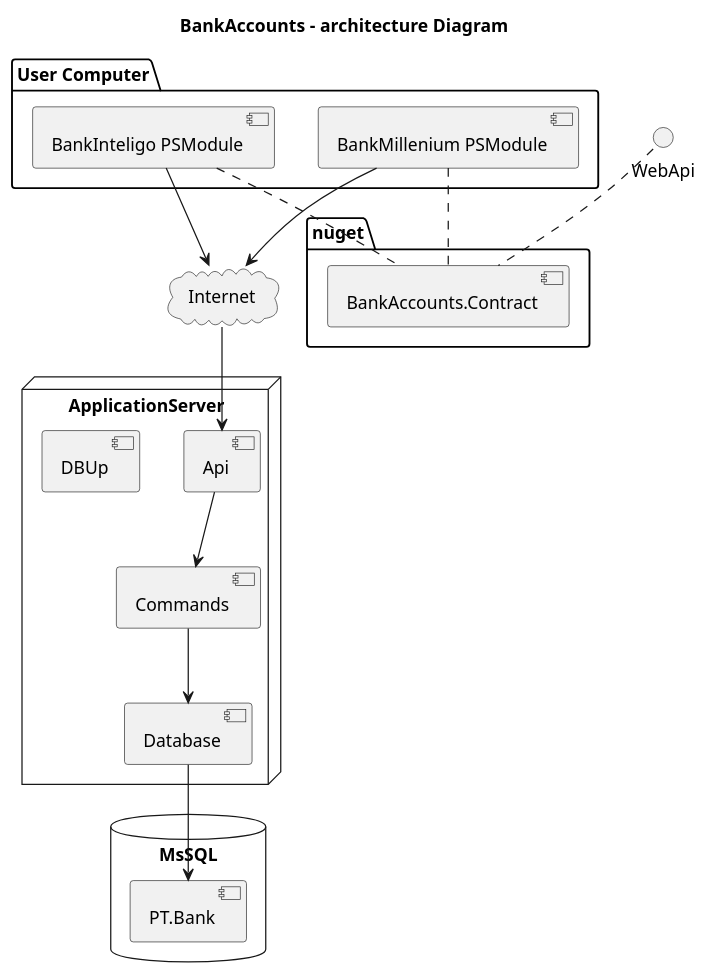
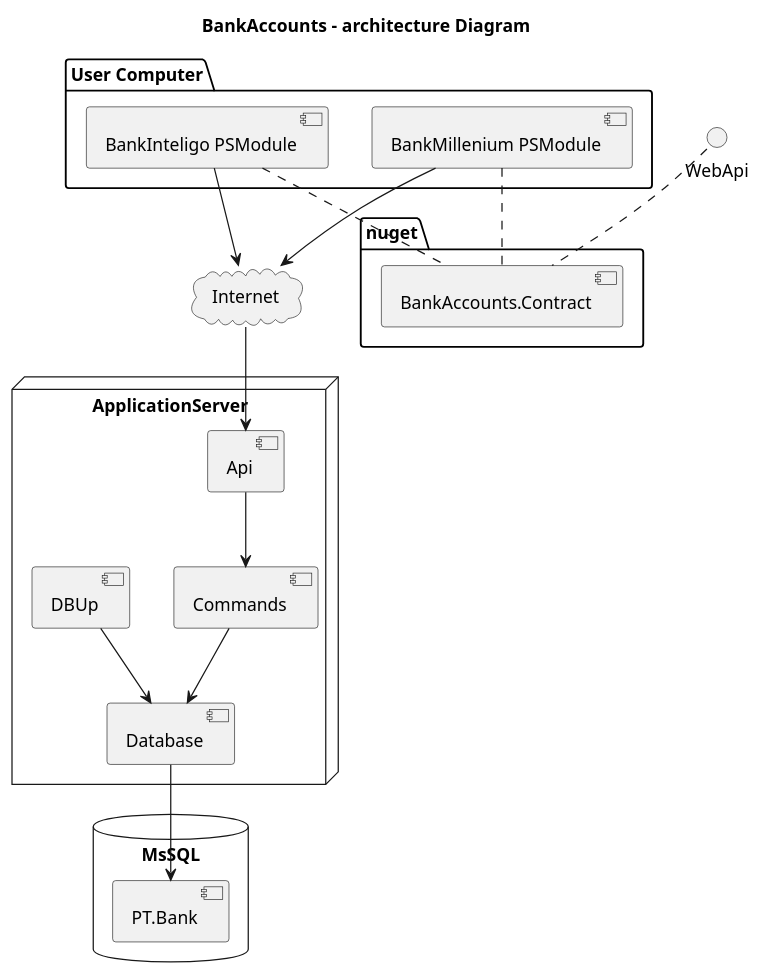
One commit to pwujczyk/ProductivityTools.BankAccounts changed the diagram in Diagram.wsd. Above: the diagram before and after it, drawn with PlantUML. The commit also changed 11 other files, not shown here.

```diff
--- a/Diagram.wsd
+++ b/Diagram.wsd
@@ -1,42 +1,43 @@
 @startuml
 
 title BankAccounts - architecture Diagram
 package nuget{
  [BankAccounts.Contract] as Contract
 }
 
 package "User Computer" {
   component [BankMillenium PSModule] as ModuleBM
   component [BankInteligo PSModule] as ModuleBI
 }
  
 
 cloud Internet{
 }
 
 node "ApplicationServer" {
   [Api]
   [Commands]
   [Database]
   [DBUp]
 }
 
 database "MsSQL"{
   [PT.Bank]
 }
 
 ModuleBM -down-> Internet
 ModuleBI -down->Internet
 Internet -down->Api
 
 Api -down->Commands
 Commands -down->Database
 Database -down->PT.Bank
+DBUp -down-> Database
 
 ModuleBM .. Contract
 ModuleBI .. Contract
 WebApi .. Contract
 
 
 
 @enduml
```
